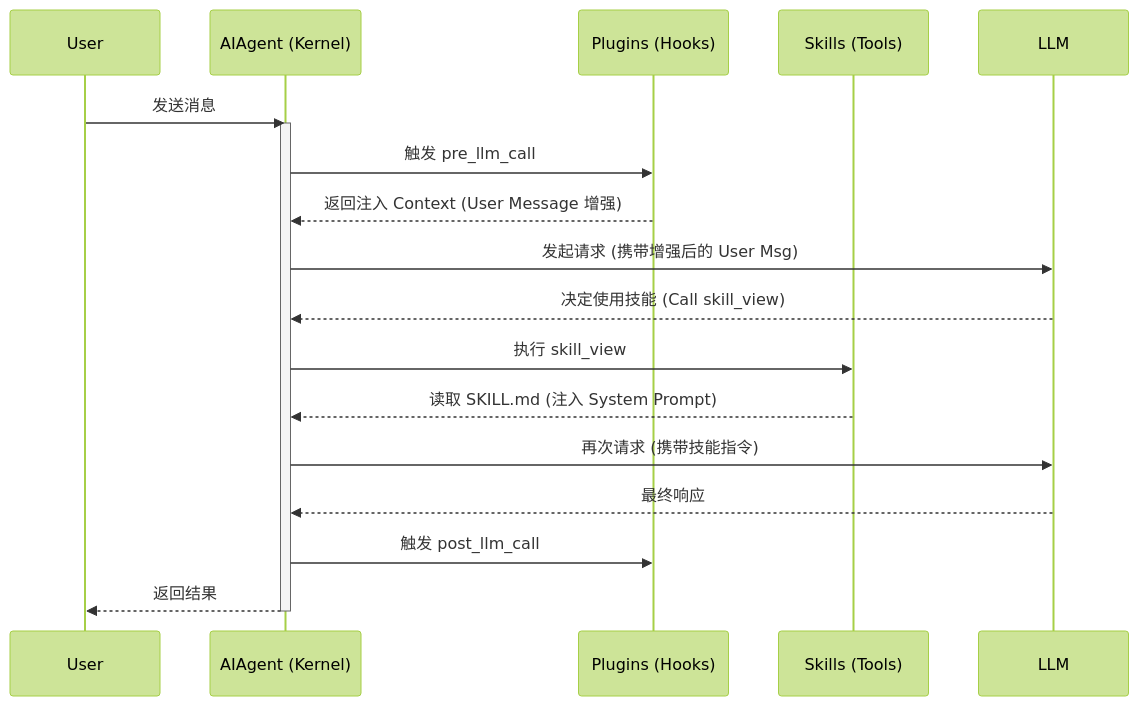
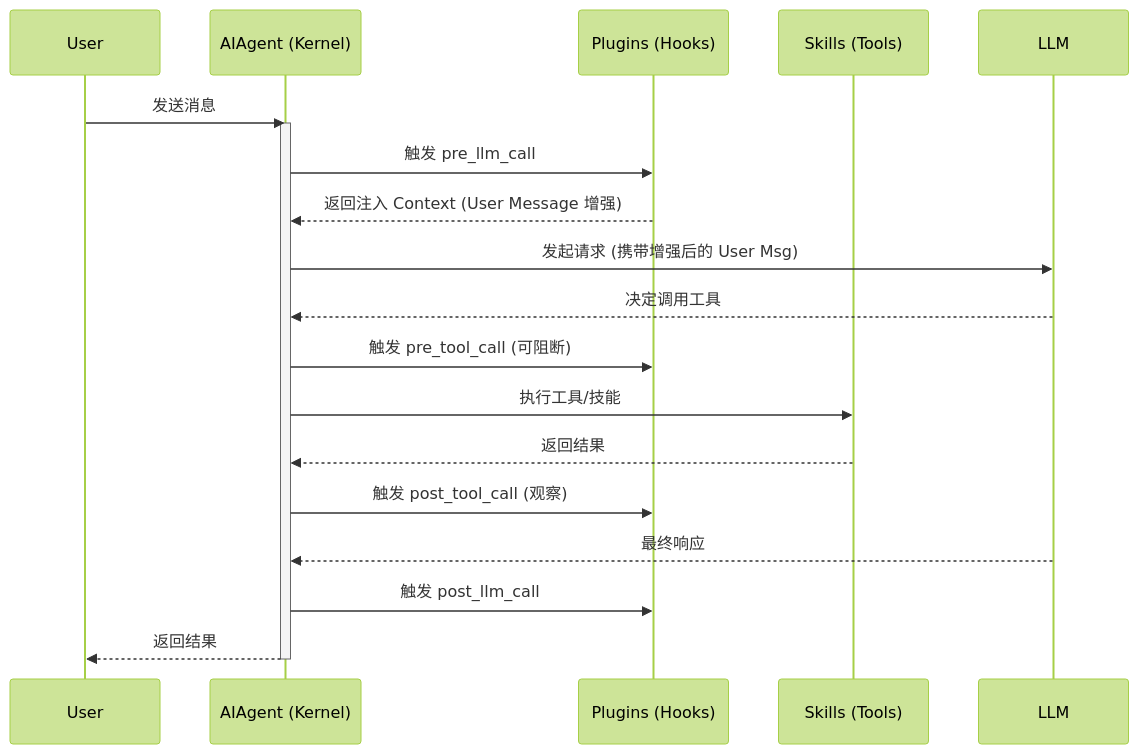
Before and after one commit to feuyeux/hello-hermes: the diagram in hermes-architecture-03-plugins-and-skills.md, drawn with Mermaid (forest theme). The commit also changed other lines of this file and 4 other files, not shown here.

First line of the commit message:
docs: update architecture documents with detailed analysis

````diff
--- a/hermes-architecture-03-plugins-and-skills.md
+++ b/hermes-architecture-03-plugins-and-skills.md
@@ -11,22 +11,23 @@
 ```mermaid
 sequenceDiagram
     participant U as User
     participant A as AIAgent (Kernel)
     participant P as Plugins (Hooks)
     participant S as Skills (Tools)
     participant L as LLM
 
     U->>A: 发送消息
     activate A
     A->>P: 触发 pre_llm_call
     P-->>A: 返回注入 Context (User Message 增强)
     A->>L: 发起请求 (携带增强后的 User Msg)
-    L-->>A: 决定使用技能 (Call skill_view)
-    A->>S: 执行 skill_view
-    S-->>A: 读取 SKILL.md (注入 System Prompt)
-    A->>L: 再次请求 (携带技能指令)
+    L-->>A: 决定调用工具
+    A->>P: 触发 pre_tool_call (可阻断)
+    A->>S: 执行工具/技能
+    S-->>A: 返回结果
+    A->>P: 触发 post_tool_call (观察)
     L-->>A: 最终响应
     A->>P: 触发 post_llm_call
     A-->>U: 返回结果
     deactivate A
 ```
````
